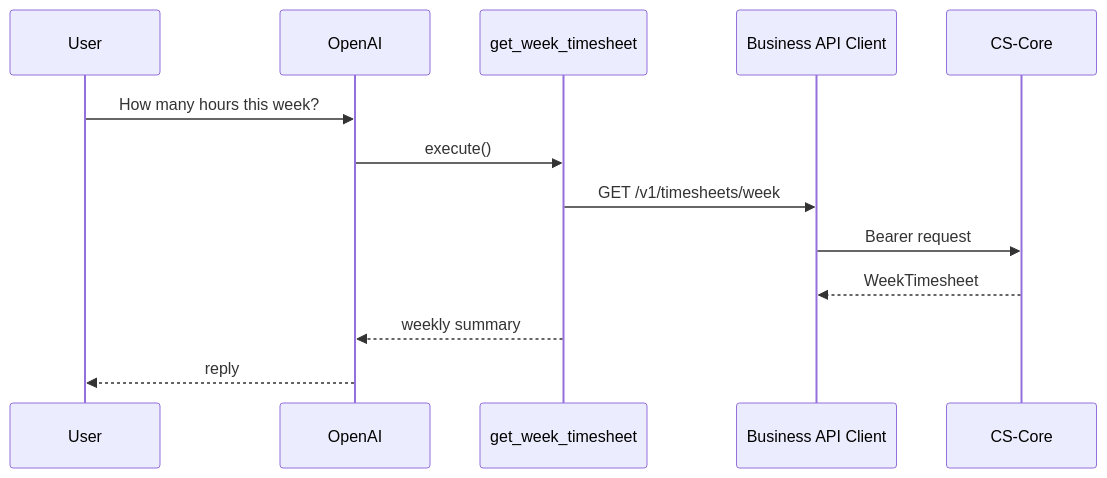
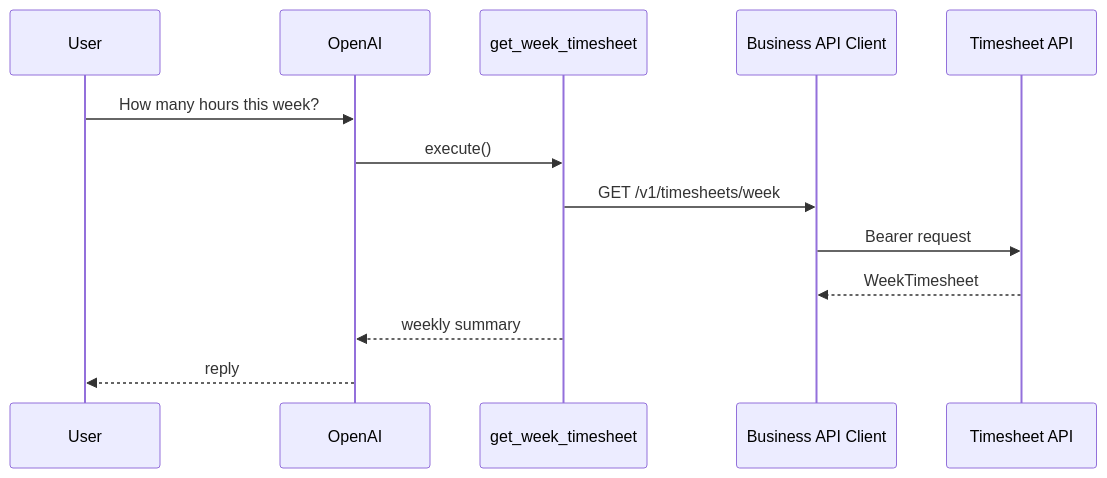
Before and after one commit to shopstack-asia/shopstack-timesheet: the diagram in doc/features/business-tools/Get Week Timesheet.md, drawn with Mermaid. The commit also changed 26 other files, not shown here.

````diff
--- a/doc/features/business-tools/Get Week Timesheet.md
+++ b/doc/features/business-tools/Get Week Timesheet.md
@@ -13,16 +13,16 @@
 ```mermaid
 sequenceDiagram
   participant U as User
   participant AI as OpenAI
   participant T as get_week_timesheet
   participant C as Business API Client
-  participant API as CS-Core
+  participant API as Timesheet API
 
   U->>AI: How many hours this week?
   AI->>T: execute()
   T->>C: GET /v1/timesheets/week
   C->>API: Bearer request
   API-->>C: WeekTimesheet
   T-->>AI: weekly summary
   AI-->>U: reply
 ```
````
